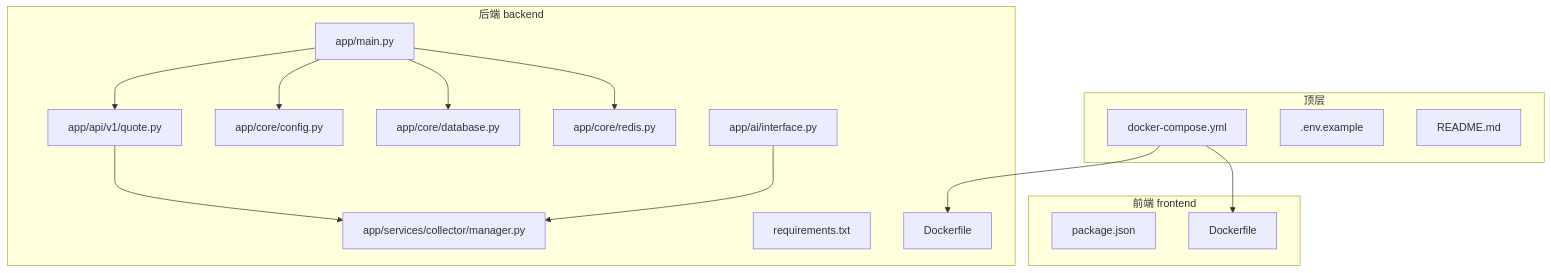
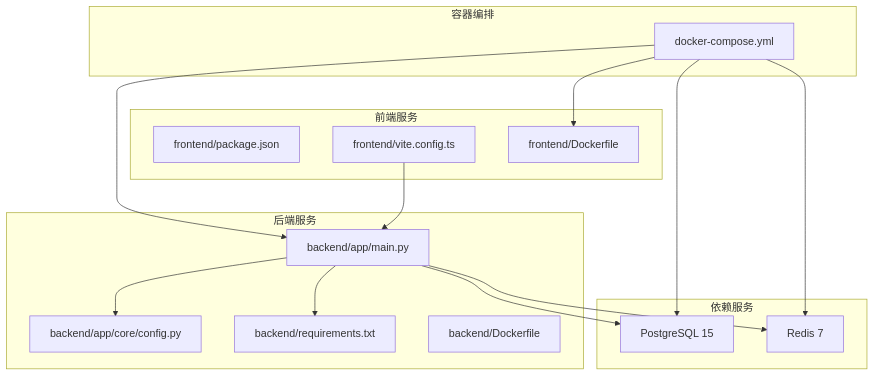
The first of 3 diagrams in .qoder/repowiki/zh/content/快速开始.md (We3le7/stock-view), drawn with Mermaid before and after one commit. The commit also changed other lines of this file and 142 other files, not shown here.

````diff
--- a/.qoder/repowiki/zh/content/快速开始.md
+++ b/.qoder/repowiki/zh/content/快速开始.md
@@ -43,31 +46,30 @@
 ```mermaid
 graph TB
-subgraph "顶层"
+subgraph "容器编排"
 DC["docker-compose.yml"]
-ENV[".env.example"]
-README["README.md"]
 end
-subgraph "后端 backend"
-BD["Dockerfile"]
-REQ["requirements.txt"]
-MAIN["app/main.py"]
-CFG["app/core/config.py"]
-DB["app/core/database.py"]
-RD["app/core/redis.py"]
-APIQ["app/api/v1/quote.py"]
-AIM["app/ai/interface.py"]
-CM["app/services/collector/manager.py"]
+subgraph "后端服务"
+BK_MAIN["backend/app/main.py"]
+BK_CFG["backend/app/core/config.py"]
+BK_REQ["backend/requirements.txt"]
+BK_DF["backend/Dockerfile"]
 end
-subgraph "前端 frontend"
-PKG["package.json"]
-FDF["Dockerfile"]
+subgraph "前端服务"
+FE_PKG["frontend/package.json"]
+FE_VITE["frontend/vite.config.ts"]
+FE_DF["frontend/Dockerfile"]
 end
-DC --> BD
-DC --> FDF
-MAIN --> APIQ
-MAIN --> CFG
-MAIN --> DB
-MAIN --> RD
-APIQ --> CM
-AIM --> CM
+subgraph "依赖服务"
+PG["PostgreSQL 15"]
+RD["Redis 7"]
+end
+DC --> PG
+DC --> RD
+DC --> BK_MAIN
+DC --> FE_DF
+BK_MAIN --> BK_CFG
+BK_MAIN --> BK_REQ
+BK_MAIN --> PG
+BK_MAIN --> RD
+FE_VITE --> BK_MAIN
 ```
````
